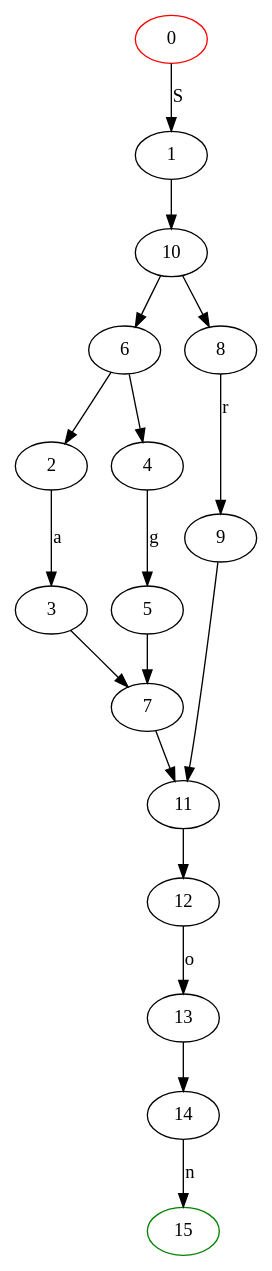
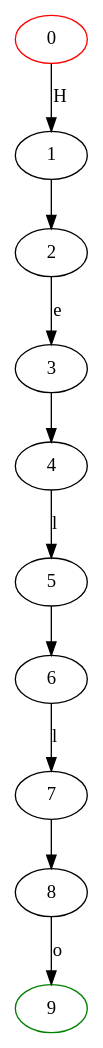
Before and after one commit to aboubacardiawara/DAAR: the diagram in tme1/regex/epsilonAutomate.dot, drawn with Graphviz. The commit also changed 5 other files, not shown here.

```diff
--- a/tme1/regex/epsilonAutomate.dot
+++ b/tme1/regex/epsilonAutomate.dot
@@ -1,22 +1,14 @@
 digraph {
 	0 [color="red"]
-	0 -> 1 [label="S"]
-	1 -> 10 [label=""]
-	10 -> 6 [label=""]
-	6 -> 2 [label=""]
-	2 -> 3 [label="a"]
-	3 -> 7 [label=""]
-	7 -> 11 [label=""]
-	11 -> 12 [label=""]
-	12 -> 13 [label="o"]
-	13 -> 14 [label=""]
-	15 [color="green"]
-	14 -> 15 [label="n"]
-	15 [color="green"]
-	6 -> 4 [label=""]
-	4 -> 5 [label="g"]
-	5 -> 7 [label=""]
-	10 -> 8 [label=""]
-	8 -> 9 [label="r"]
-	9 -> 11 [label=""]
+	0 -> 1 [label="H"]
+	1 -> 2 [label=""]
+	2 -> 3 [label="e"]
+	3 -> 4 [label=""]
+	4 -> 5 [label="l"]
+	5 -> 6 [label=""]
+	6 -> 7 [label="l"]
+	7 -> 8 [label=""]
+	9 [color="green"]
+	8 -> 9 [label="o"]
+	9 [color="green"]
 }
```
